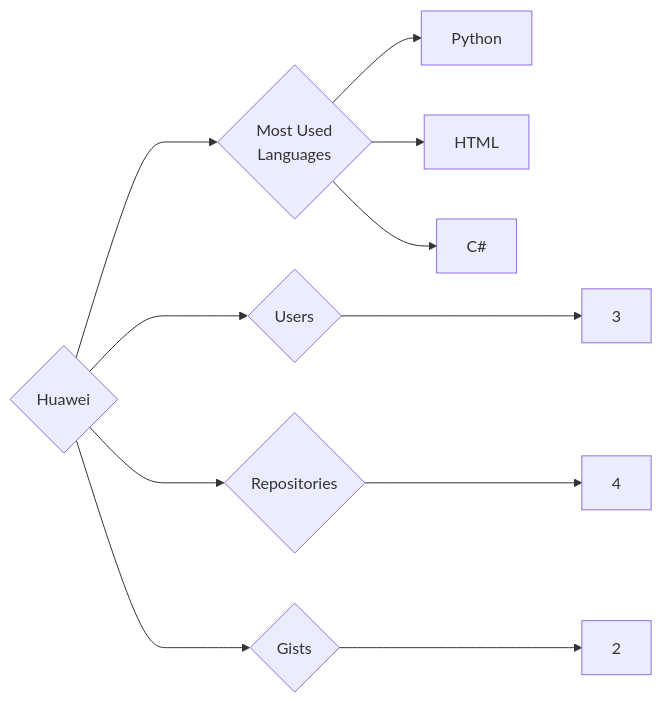
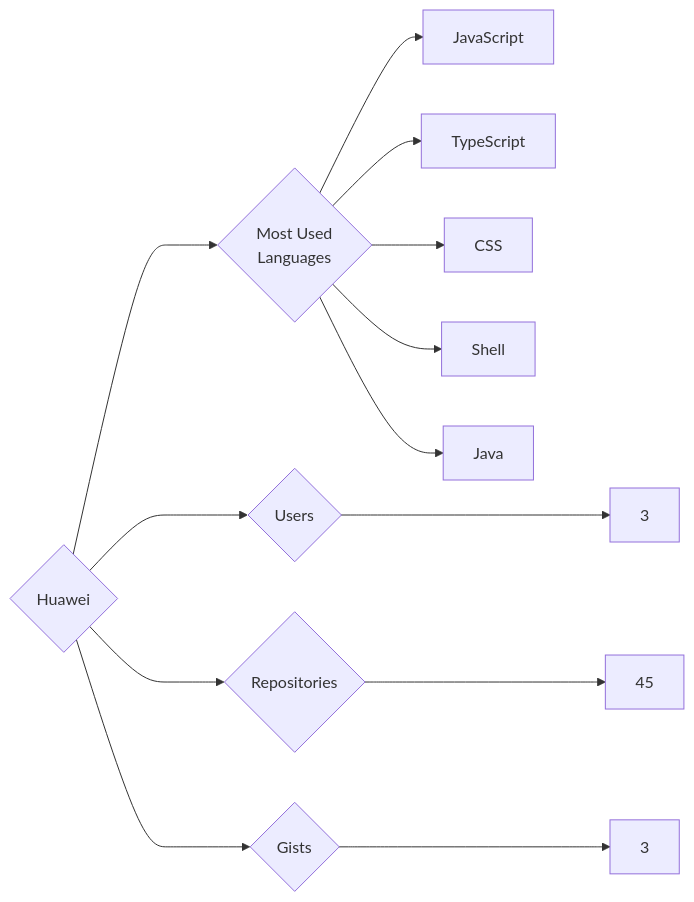
One commit to trickest/insiders changed the diagram in targets/Huawei/README.md. Above: the diagram before and after it, drawn with Mermaid. The commit also changed 1036 other files, not shown here.

````diff
--- a/targets/Huawei/README.md
+++ b/targets/Huawei/README.md
@@ -3,11 +3,13 @@
 ```mermaid
 graph LR
 COMPANY_NAME{Huawei}
 COMPANY_NAME ---> U{Users} ---> UN[3]
-COMPANY_NAME ---> R{Repositories} ---> RN[4]
-COMPANY_NAME ---> G{Gists} ---> GN[2]
+COMPANY_NAME ---> R{Repositories} ---> RN[45]
+COMPANY_NAME ---> G{Gists} ---> GN[3]
 COMPANY_NAME ---> ML{Most Used<br>Languages}
-ML --> Python[Python]
-ML --> HTML[HTML]
-ML --> C#[C#]
+ML --> JavaScript[JavaScript]
+ML --> TypeScript[TypeScript]
+ML --> CSS[CSS]
+ML --> Shell[Shell]
+ML --> Java[Java]
 ```
````
